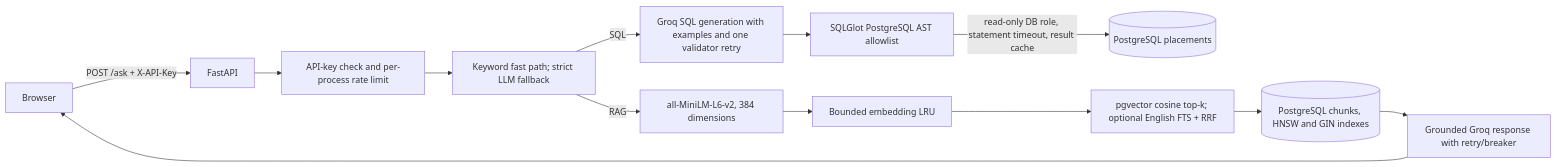
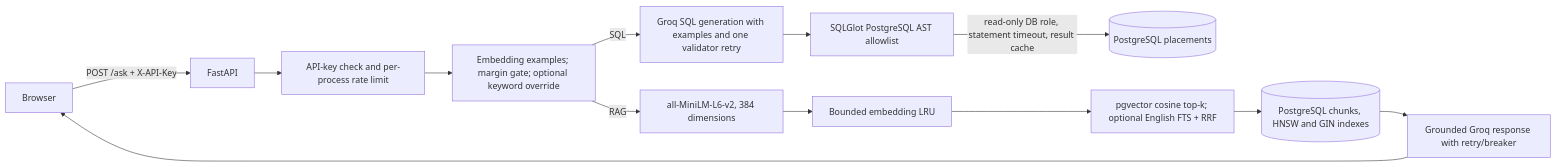
One commit to Bhavyadevireddy0678/placement-copilot changed the diagram in README.md. Above: the diagram before and after it, drawn with Mermaid. The commit also changed other lines of this file and 64 other files, not shown here.

````diff
--- a/README.md
+++ b/README.md
@@ -7,15 +20,15 @@
 ```mermaid
 flowchart LR
     Browser -->|POST /ask + X-API-Key| FastAPI
     FastAPI --> SlidingWindow["API-key check and per-process rate limit"]
-    SlidingWindow --> Router["Keyword fast path; strict LLM fallback"]
+    SlidingWindow --> Router["Embedding examples; margin gate; optional keyword override"]
     Router -->|"SQL"| GroqSQL["Groq SQL generation with examples and one validator retry"]
     GroqSQL --> SQLGuard["SQLGlot PostgreSQL AST allowlist"]
     SQLGuard -->|"read-only DB role, statement timeout, result cache"| Placements[("PostgreSQL placements")]
     Router -->|"RAG"| Embedder["all-MiniLM-L6-v2, 384 dimensions"]
     Embedder --> VectorCache["Bounded embedding LRU"]
     VectorCache --> Retrieval["pgvector cosine top-k; optional English FTS + RRF"]
     Retrieval --> Chunks[("PostgreSQL chunks, HNSW and GIN indexes")]
     Chunks --> GroqRAG["Grounded Groq response with retry/breaker"]
     GroqRAG --> Browser
 ```
````
